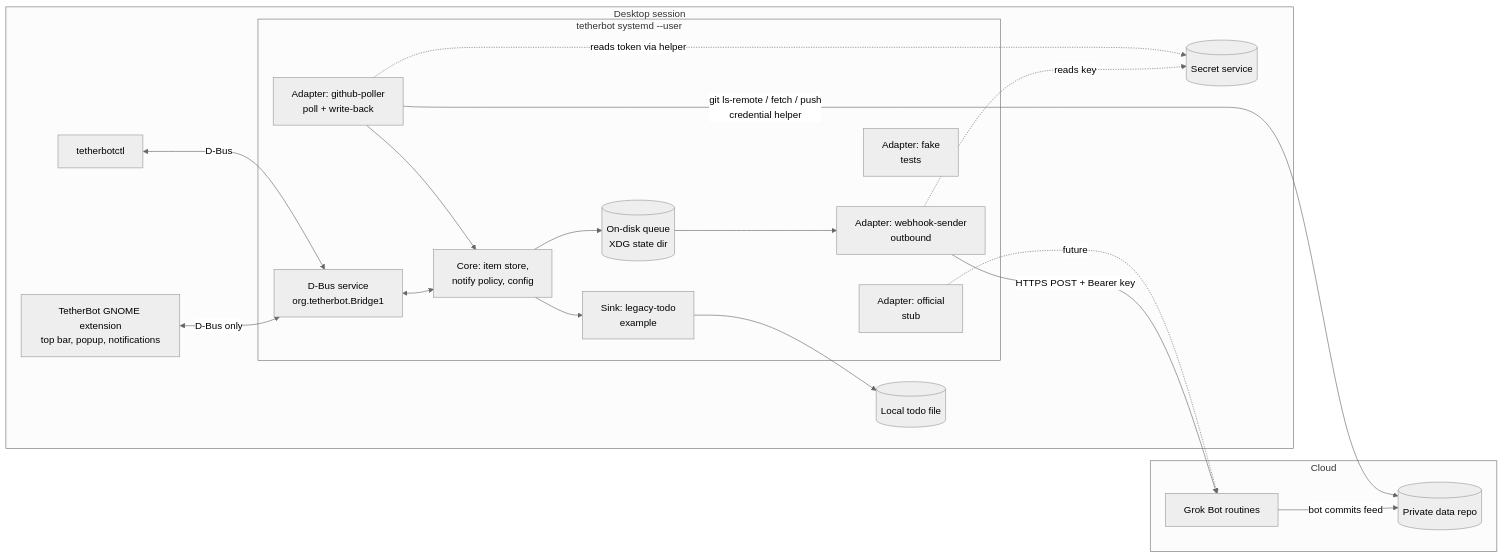
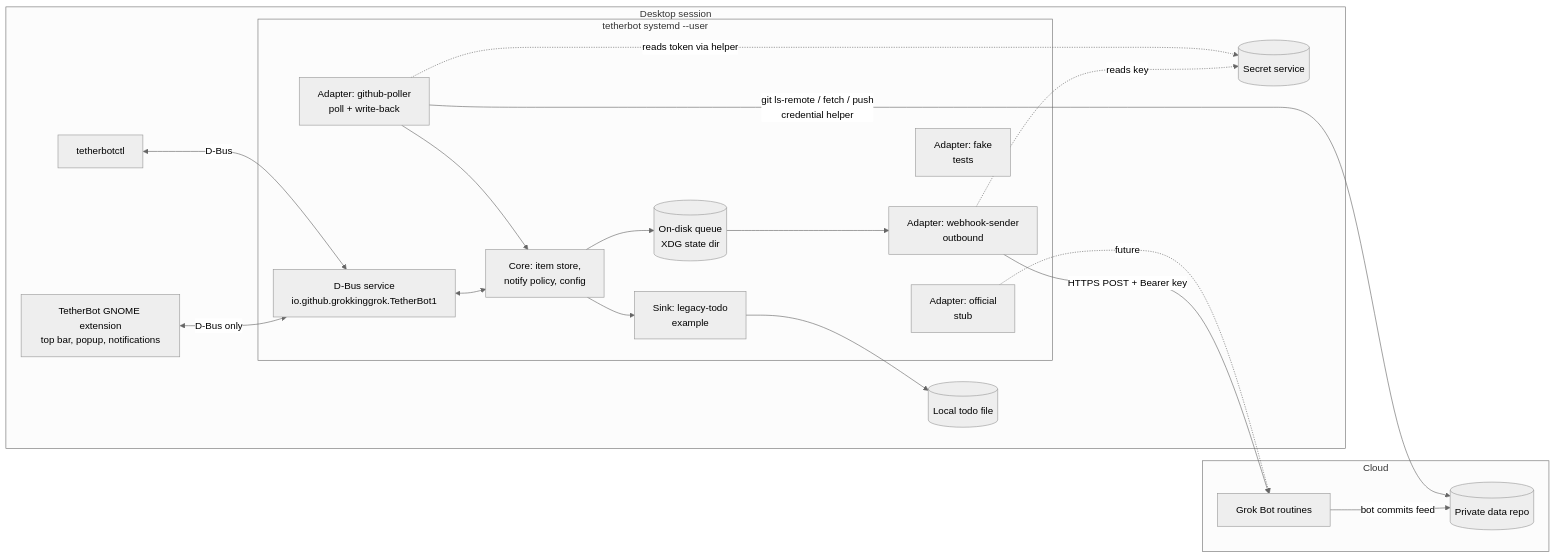
The diagram in docs/SPEC.md (GrokkingGrok/TetherBot), drawn with Mermaid (neutral theme) before and after one commit. The commit also changed other lines of this file and 18 other files, not shown here.

````diff
--- a/docs/SPEC.md
+++ b/docs/SPEC.md
@@ -60,35 +60,35 @@
 ```mermaid
 flowchart LR
   subgraph Cloud
     GB[Grok Bot routines]
     GH[(Private data repo)]
   end
   subgraph Desktop["Desktop session"]
     subgraph Bridge["tetherbot systemd --user"]
       CORE[Core: item store,<br/>notify policy, config]
       Q[(On-disk queue<br/>XDG state dir)]
       WH[Adapter: webhook-sender<br/>outbound]
       GR[Adapter: github-poller<br/>poll + write-back]
       OF[Adapter: official<br/>stub]
       FK[Adapter: fake<br/>tests]
       LG[Sink: legacy-todo<br/>example]
-      DB[D-Bus service<br/>org.tetherbot.Bridge1]
+      DB[D-Bus service<br/>io.github.grokkinggrok.TetherBot1]
     end
     KR[(Secret service)]
     EXT[TetherBot GNOME extension<br/>top bar, popup, notifications]
     TODO[(Local todo file)]
     CLI[tetherbotctl]
   end
   EXT <-->|D-Bus only| DB
   CLI <-->|D-Bus| DB
   DB <--> CORE
   CORE --> Q --> WH
   WH -->|HTTPS POST + Bearer key| GB
   GB -->|bot commits feed| GH
   GR -->|git ls-remote / fetch / push<br/>credential helper| GH
   GR --> CORE
   CORE --> LG --> TODO
   WH -.reads key.-> KR
   GR -.reads token via helper.-> KR
   OF -.future.-> GB
 ```
````
